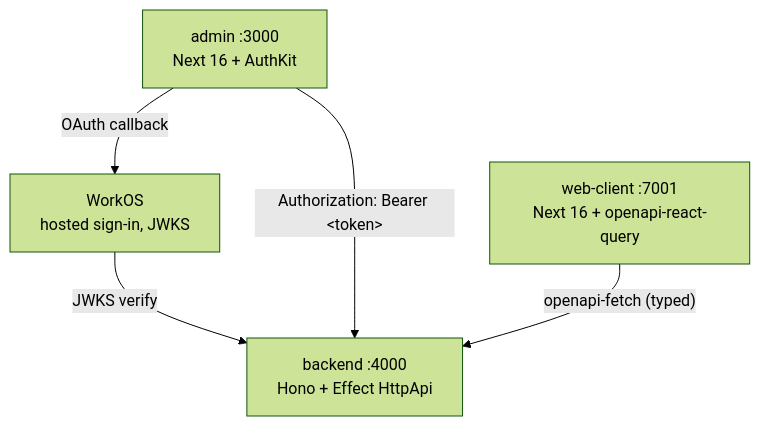
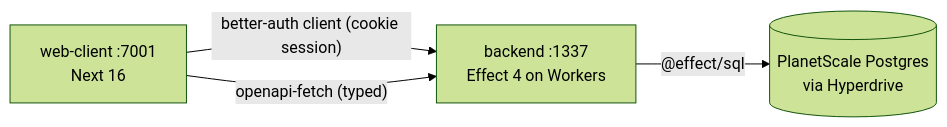
The diagram in apps/docs/content/docs/index.mdx (Darna-Digital/darna-stack), drawn with Mermaid (forest theme) before and after one commit. The commit also changed other lines of this file and 21 other files, not shown here.

````diff
--- a/apps/docs/content/docs/index.mdx
+++ b/apps/docs/content/docs/index.mdx
@@ -26,12 +26,10 @@
 ```mermaid
-flowchart TD
-  WorkOS[WorkOS<br/>hosted sign-in, JWKS]
-  Admin[admin :3000<br/>Next 16 + AuthKit]
-  Web[web-client :7001<br/>Next 16 + openapi-react-query]
-  Backend[backend :4000<br/>Hono + Effect HttpApi]
+flowchart LR
+  Web["web-client :7001<br/>Next 16"]
+  Backend["backend :1337<br/>Effect 4 on Workers"]
+  DB[("PlanetScale Postgres<br/>via Hyperdrive")]
 
-  Admin -- "OAuth callback" --> WorkOS
-  WorkOS -- "JWKS verify" --> Backend
-  Admin -- "Authorization: Bearer &lt;token&gt;" --> Backend
+  Web -- "better-auth client (cookie session)" --> Backend
   Web -- "openapi-fetch (typed)" --> Backend
+  Backend -- "@effect/sql" --> DB
 ```
````
